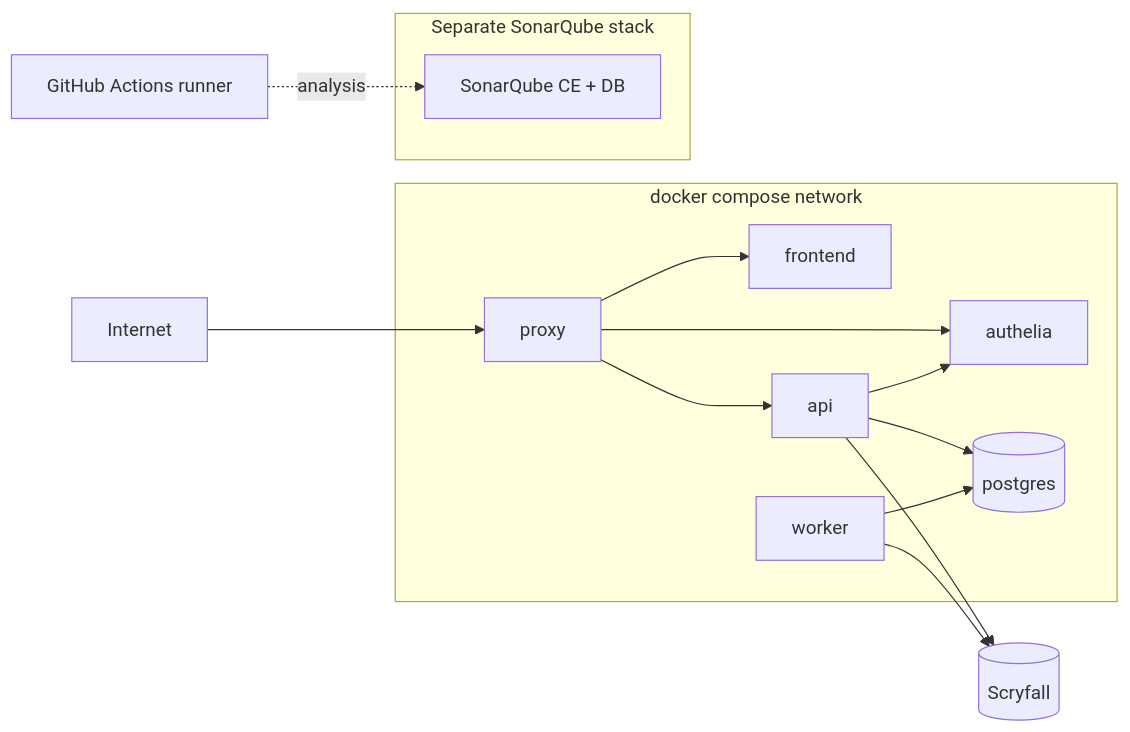
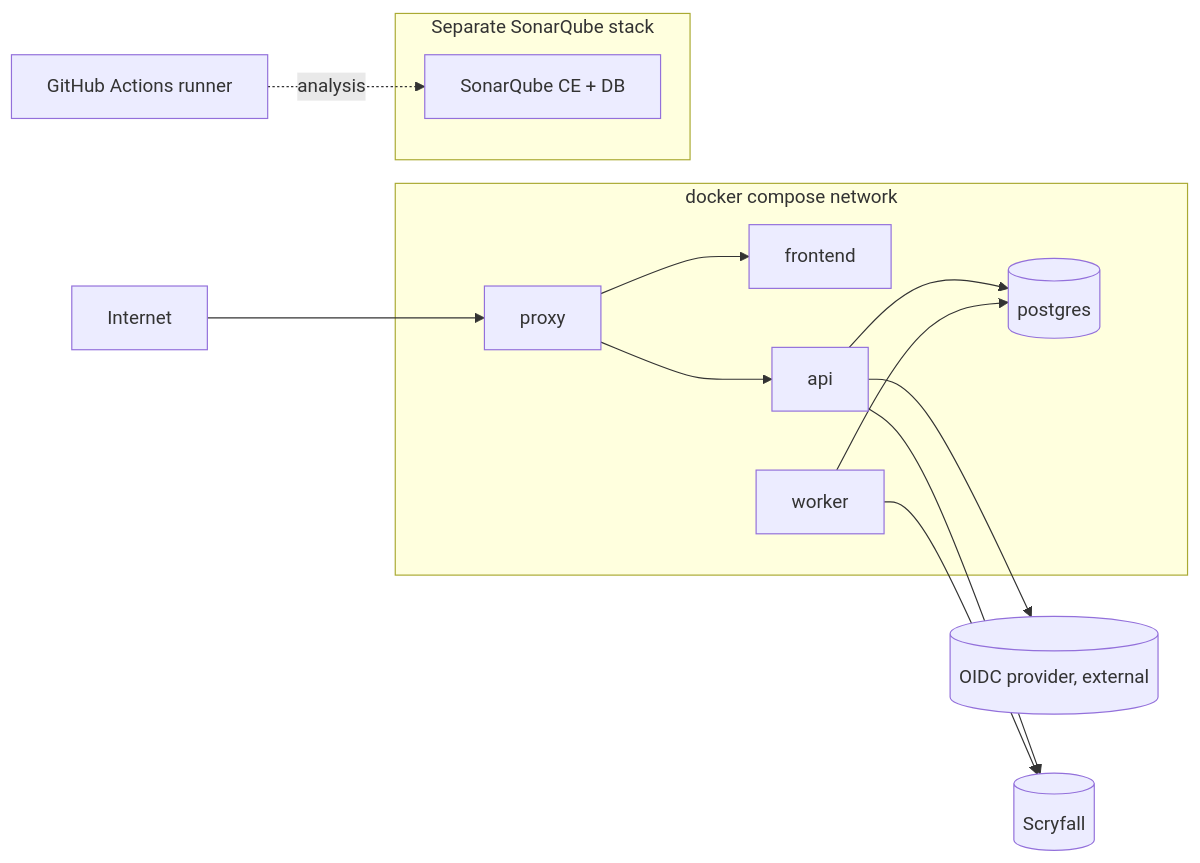
Before and after one commit to fchicout/mtg-card-vault: the sixth of 6 diagrams in docs/05-architecture.md, drawn with Mermaid. The commit also changed other lines of this file and 7 other files, not shown here.

First line of the commit message:
docs(arch): align stories and architecture with the external identity provider [US-029, US-031, ADR-003]

````diff
--- a/docs/05-architecture.md
+++ b/docs/05-architecture.md
@@ -371,18 +371,17 @@
 ```mermaid
 flowchart LR
   Internet --> proxy
   subgraph compose[docker compose network]
     proxy --> frontend
     proxy --> api
-    proxy --> authelia
     api --> db[(postgres)]
     worker --> db
-    api --> authelia
   end
+  api --> authelia[(OIDC provider, external)]
   api --> SF[(Scryfall)]
   worker --> SF
   subgraph sonar[Separate SonarQube stack]
     SQ[SonarQube CE + DB]
   end
   GH[GitHub Actions runner] -. analysis .-> SQ
 ```
````
